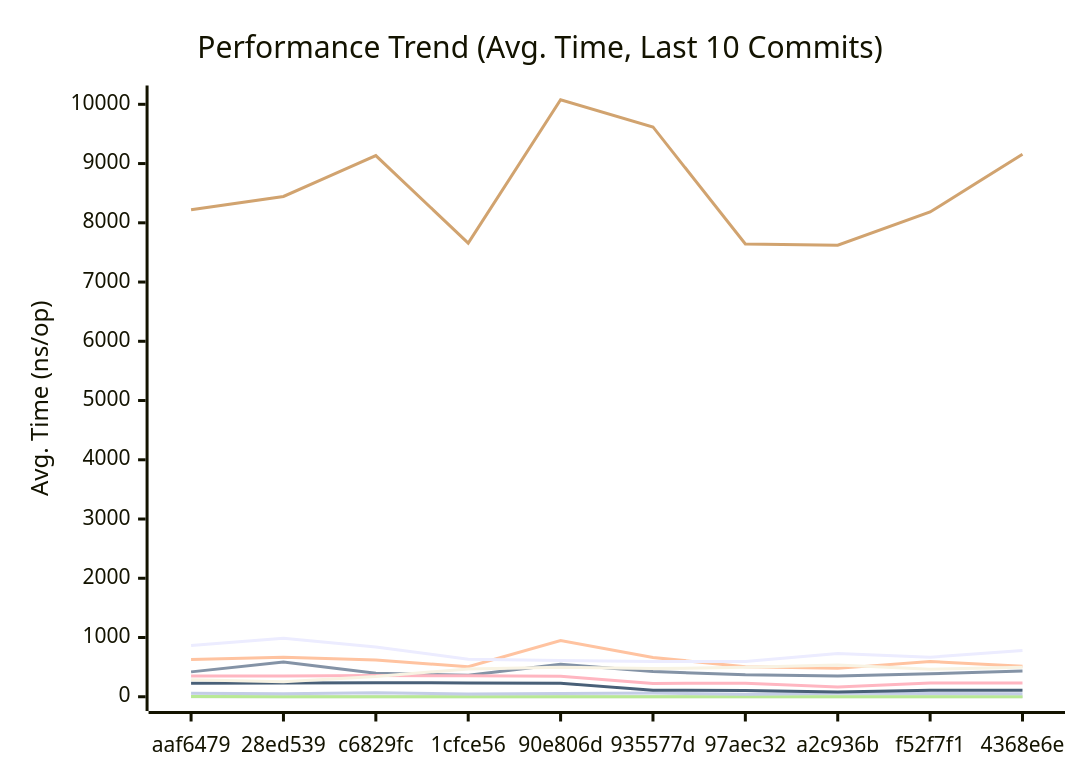
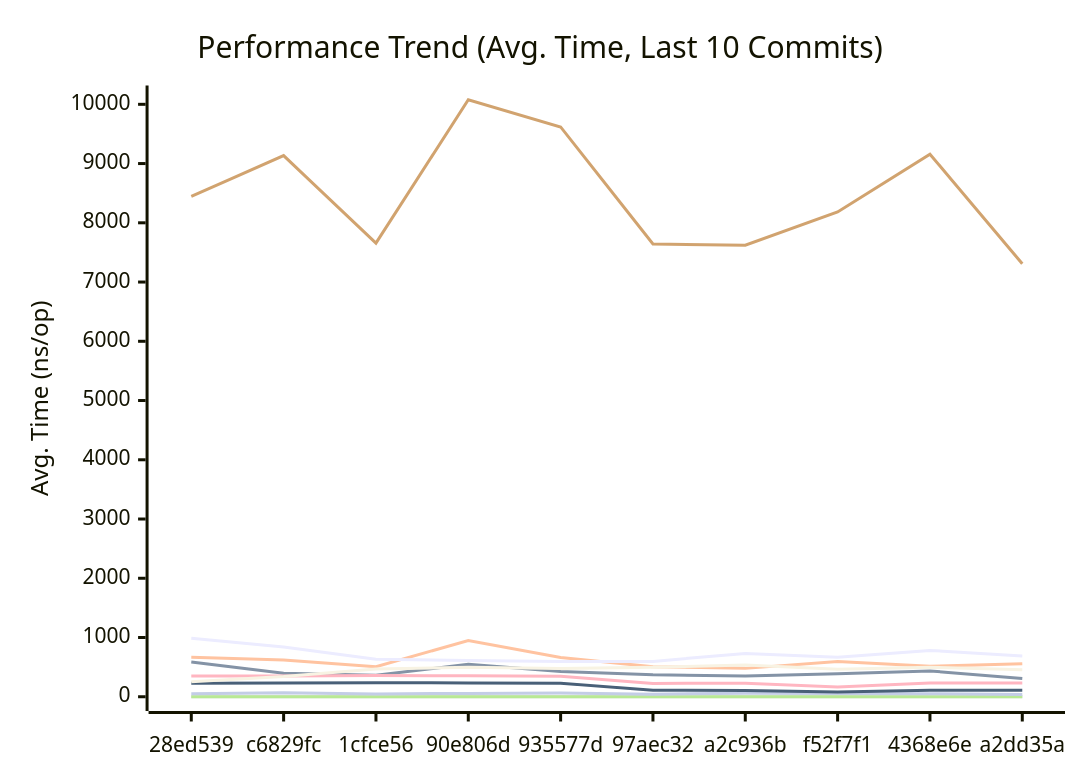
The first of 3 diagrams in docs/PERFORMANCE.md (alsotoes/momo), drawn with Mermaid before and after one commit. The commit also changed other lines of this file and 11 other files, not shown here.

````diff
--- a/docs/PERFORMANCE.md
+++ b/docs/PERFORMANCE.md
@@ -128,18 +128,18 @@
 ```mermaid
 xychart-beta
     title "Performance Trend (Avg. Time, Last 10 Commits)"
     x-axis "Commit"
     y-axis "Avg. Time (ns/op)"
-    x-axis [aaf6479,28ed539,c6829fc,1cfce56,90e806d,935577d,97aec32,a2c936b,f52f7f1,4368e6e]
-    line "CheckMetricsAndSwap" [11,9,9,8,11,10,9,8,10,9]
-    line "CrushOptimized" [420,587,396,363,549,426,370,350,388,436]
-    line "CrushOriginal" [627,667,620,506,949,663,507,479,594,516]
-    line "IndexDirectTracking" [1,0,0,0,0,0,0,0,0,0]
-    line "IndexSearch" [3,2,2,2,2,2,2,2,2,2]
-    line "LoadGlobalConfig" [8220,8445,9134,7656,10077,9618,7642,7622,8182,9158]
-    line "PadString" [59,49,67,48,56,64,43,60,54,52]
+    x-axis [28ed539,c6829fc,1cfce56,90e806d,935577d,97aec32,a2c936b,f52f7f1,4368e6e,a2dd35a]
+    line "CheckMetricsAndSwap" [9,9,8,11,10,9,8,10,9,10]
+    line "CrushOptimized" [587,396,363,549,426,370,350,388,436,307]
+    line "CrushOriginal" [667,620,506,949,663,507,479,594,516,557]
+    line "IndexDirectTracking" [0,0,0,0,0,0,0,0,0,0]
+    line "IndexSearch" [2,2,2,2,2,2,2,2,2,2]
+    line "LoadGlobalConfig" [8445,9134,7656,10077,9618,7642,7622,8182,9158,7310]
+    line "PadString" [49,67,48,56,64,43,60,54,52,40]
     line "ParseReplicationOrder_NoPrealloc" [350,349,357,354,345,225,229,165,232,234]
     line "ParseReplicationOrder_Prealloc" [229,231,237,234,229,108,107,80,110,109]
-    line "SanitizeLog/Safe" [287,252,342,470,497,475,497,537,464,500]
-    line "SanitizeLog/Unsafe" [866,989,838,634,610,596,597,732,668,782]
+    line "SanitizeLog/Safe" [252,342,470,497,475,497,537,464,500,456]
+    line "SanitizeLog/Unsafe" [989,838,634,610,596,597,732,668,782,686]
 ```
````
